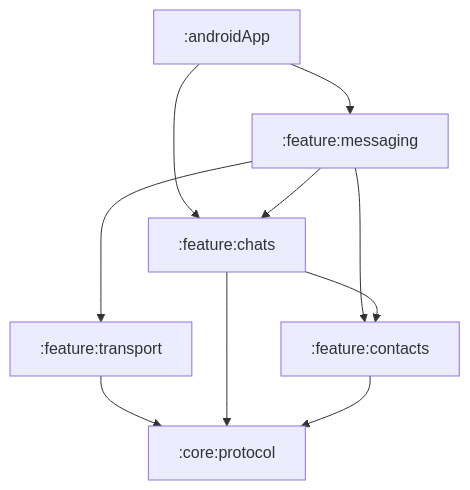
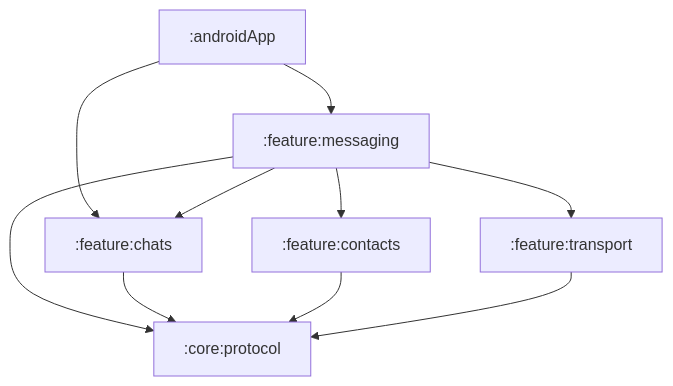
Before and after one commit to cbgm/SecureChat: the first of 3 diagrams in docs/architecture/messaging-boundary.md, drawn with Mermaid. The commit also changed other lines of this file and 13 other files, not shown here.

````diff
--- a/docs/architecture/messaging-boundary.md
+++ b/docs/architecture/messaging-boundary.md
@@ -17,12 +30,12 @@
 ```mermaid
 flowchart TD
     App[":androidApp"] --> Messaging[":feature:messaging"]
     App --> Chats[":feature:chats"]
-    Messaging --> Transport[":feature:transport"]
     Messaging --> Chats
     Messaging --> Contacts[":feature:contacts"]
-    Chats --> Contacts
-    Transport --> Protocol[":core:protocol"]
+    Messaging --> Transport[":feature:transport"]
+    Messaging --> Protocol[":core:protocol"]
     Chats --> Protocol
     Contacts --> Protocol
+    Transport --> Protocol
 ```
````
